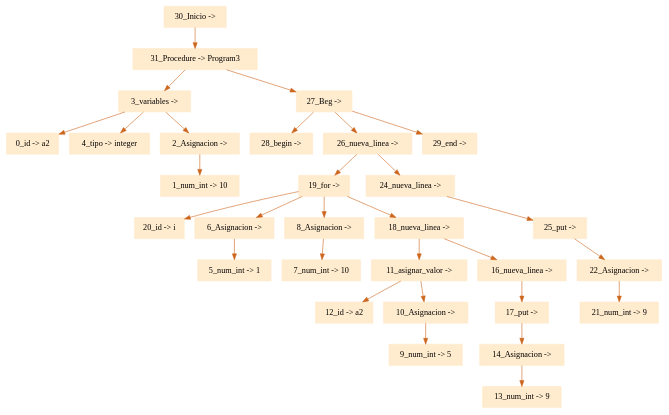
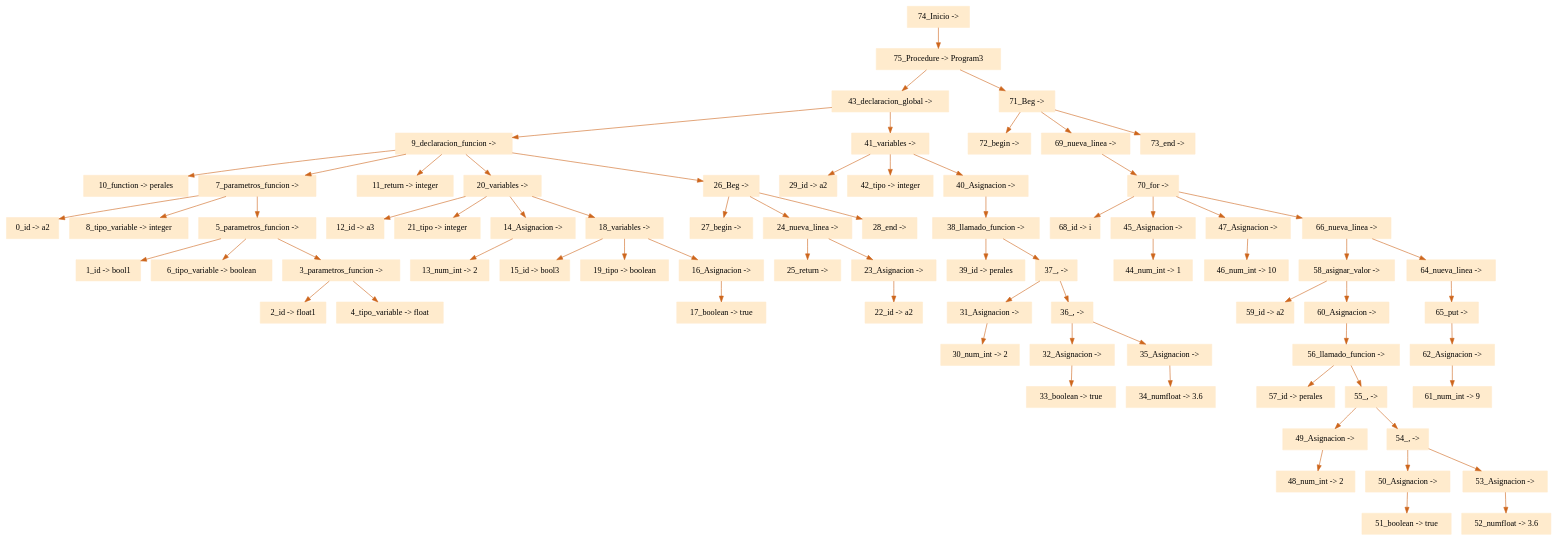
The diagram in ProyectoCompiladores/arbol.dot (eliasgz97/Proyecto_Compiladores), drawn with Graphviz before and after one commit. The commit also changed 8 other files, not shown here.

Commit message:
comprobacion de tipos al asignar funciones a variables

```diff
--- a/ProyectoCompiladores/arbol.dot
+++ b/ProyectoCompiladores/arbol.dot
@@ -1,34 +1,78 @@
 digraph G {node[shape=box, style=filled, color=blanchedalmond]; edge[color=chocolate3];rankdir=UD 
 
-"30_Inicio -> "->"31_Procedure -> Program3"
-"31_Procedure -> Program3"->"3_variables -> "
-"3_variables -> "->"0_id -> a2"
-"3_variables -> "->"4_tipo -> integer"
-"3_variables -> "->"2_Asignacion -> "
-"2_Asignacion -> "->"1_num_int -> 10"
-"31_Procedure -> Program3"->"27_Beg -> "
-"27_Beg -> "->"28_begin -> "
-"27_Beg -> "->"26_nueva_linea -> "
-"26_nueva_linea -> "->"19_for -> "
-"19_for -> "->"20_id -> i"
-"19_for -> "->"6_Asignacion -> "
-"6_Asignacion -> "->"5_num_int -> 1"
-"19_for -> "->"8_Asignacion -> "
-"8_Asignacion -> "->"7_num_int -> 10"
-"19_for -> "->"18_nueva_linea -> "
-"18_nueva_linea -> "->"11_asignar_valor -> "
-"11_asignar_valor -> "->"12_id -> a2"
-"11_asignar_valor -> "->"10_Asignacion -> "
-"10_Asignacion -> "->"9_num_int -> 5"
-"18_nueva_linea -> "->"16_nueva_linea -> "
-"16_nueva_linea -> "->"17_put -> "
-"17_put -> "->"14_Asignacion -> "
-"14_Asignacion -> "->"13_num_int -> 9"
-"26_nueva_linea -> "->"24_nueva_linea -> "
-"24_nueva_linea -> "->"25_put -> "
-"25_put -> "->"22_Asignacion -> "
-"22_Asignacion -> "->"21_num_int -> 9"
-"27_Beg -> "->"29_end -> "
+"74_Inicio -> "->"75_Procedure -> Program3"
+"75_Procedure -> Program3"->"43_declaracion_global -> "
+"43_declaracion_global -> "->"9_declaracion_funcion -> "
+"9_declaracion_funcion -> "->"10_function -> perales"
+"9_declaracion_funcion -> "->"7_parametros_funcion -> "
+"7_parametros_funcion -> "->"0_id -> a2"
+"7_parametros_funcion -> "->"8_tipo_variable -> integer"
+"7_parametros_funcion -> "->"5_parametros_funcion -> "
+"5_parametros_funcion -> "->"1_id -> bool1"
+"5_parametros_funcion -> "->"6_tipo_variable -> boolean"
+"5_parametros_funcion -> "->"3_parametros_funcion -> "
+"3_parametros_funcion -> "->"2_id -> float1"
+"3_parametros_funcion -> "->"4_tipo_variable -> float"
+"9_declaracion_funcion -> "->"11_return -> integer"
+"9_declaracion_funcion -> "->"20_variables -> "
+"20_variables -> "->"12_id -> a3"
+"20_variables -> "->"21_tipo -> integer"
+"20_variables -> "->"14_Asignacion -> "
+"14_Asignacion -> "->"13_num_int -> 2"
+"20_variables -> "->"18_variables -> "
+"18_variables -> "->"15_id -> bool3"
+"18_variables -> "->"19_tipo -> boolean"
+"18_variables -> "->"16_Asignacion -> "
+"16_Asignacion -> "->"17_boolean -> true"
+"9_declaracion_funcion -> "->"26_Beg -> "
+"26_Beg -> "->"27_begin -> "
+"26_Beg -> "->"24_nueva_linea -> "
+"24_nueva_linea -> "->"25_return -> "
+"24_nueva_linea -> "->"23_Asignacion -> "
+"23_Asignacion -> "->"22_id -> a2"
+"26_Beg -> "->"28_end -> "
+"43_declaracion_global -> "->"41_variables -> "
+"41_variables -> "->"29_id -> a2"
+"41_variables -> "->"42_tipo -> integer"
+"41_variables -> "->"40_Asignacion -> "
+"40_Asignacion -> "->"38_llamado_funcion -> "
+"38_llamado_funcion -> "->"39_id -> perales"
+"38_llamado_funcion -> "->"37_, -> "
+"37_, -> "->"31_Asignacion -> "
+"31_Asignacion -> "->"30_num_int -> 2"
+"37_, -> "->"36_, -> "
+"36_, -> "->"32_Asignacion -> "
+"32_Asignacion -> "->"33_boolean -> true"
+"36_, -> "->"35_Asignacion -> "
+"35_Asignacion -> "->"34_numfloat -> 3.6"
+"75_Procedure -> Program3"->"71_Beg -> "
+"71_Beg -> "->"72_begin -> "
+"71_Beg -> "->"69_nueva_linea -> "
+"69_nueva_linea -> "->"70_for -> "
+"70_for -> "->"68_id -> i"
+"70_for -> "->"45_Asignacion -> "
+"45_Asignacion -> "->"44_num_int -> 1"
+"70_for -> "->"47_Asignacion -> "
+"47_Asignacion -> "->"46_num_int -> 10"
+"70_for -> "->"66_nueva_linea -> "
+"66_nueva_linea -> "->"58_asignar_valor -> "
+"58_asignar_valor -> "->"59_id -> a2"
+"58_asignar_valor -> "->"60_Asignacion -> "
+"60_Asignacion -> "->"56_llamado_funcion -> "
+"56_llamado_funcion -> "->"57_id -> perales"
+"56_llamado_funcion -> "->"55_, -> "
+"55_, -> "->"49_Asignacion -> "
+"49_Asignacion -> "->"48_num_int -> 2"
+"55_, -> "->"54_, -> "
+"54_, -> "->"50_Asignacion -> "
+"50_Asignacion -> "->"51_boolean -> true"
+"54_, -> "->"53_Asignacion -> "
+"53_Asignacion -> "->"52_numfloat -> 3.6"
+"66_nueva_linea -> "->"64_nueva_linea -> "
+"64_nueva_linea -> "->"65_put -> "
+"65_put -> "->"62_Asignacion -> "
+"62_Asignacion -> "->"61_num_int -> 9"
+"71_Beg -> "->"73_end -> "
 
 
 }
```
